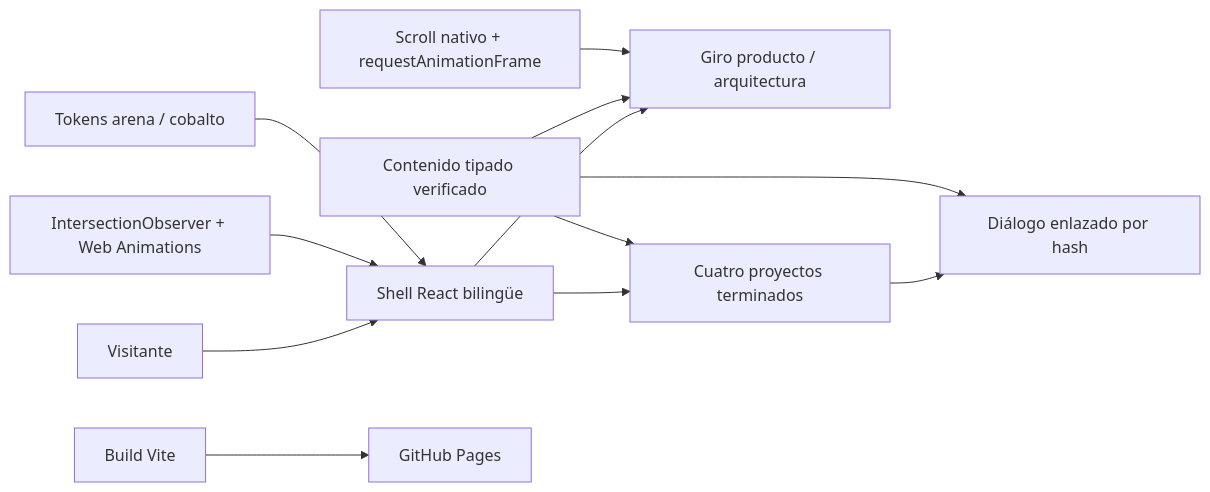
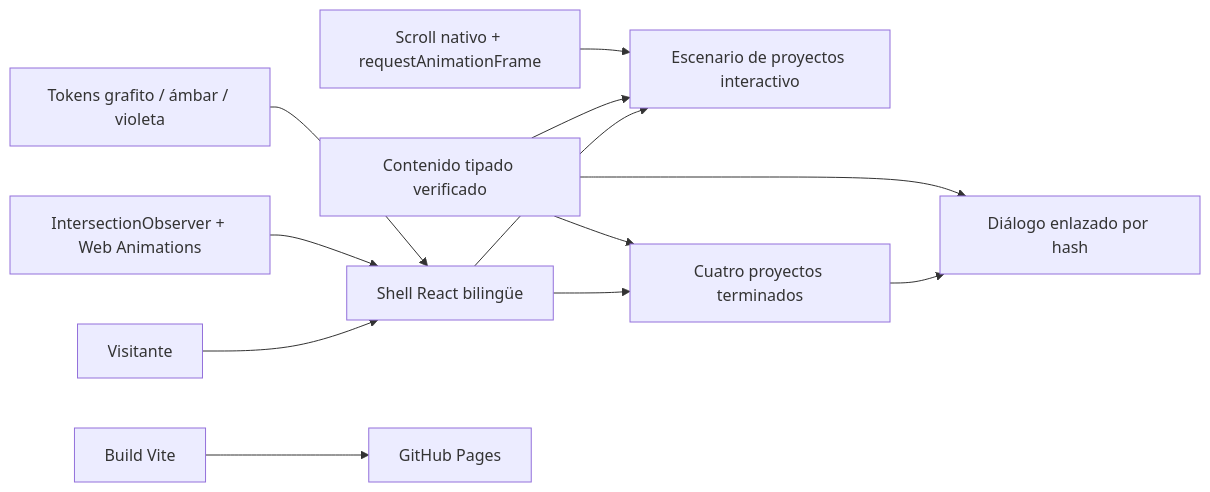
One commit to kevin0018/portfolio changed the diagram in README.es.md. Above: the diagram before and after it, drawn with Mermaid. The commit also changed other lines of this file and 12 other files, not shown here.

````diff
--- a/README.es.md
+++ b/README.es.md
@@ -35,14 +36,14 @@
 ```mermaid
 flowchart LR
   visitor["Visitante"] --> app["Shell React bilingüe"]
-  app --> hero["Giro producto / arquitectura"]
+  app --> hero["Escenario de proyectos interactivo"]
   app --> work["Cuatro proyectos terminados"]
   work --> cases["Diálogo enlazado por hash"]
   content["Contenido tipado verificado"] --> hero
   content --> work
   content --> cases
   scroll["Scroll nativo + requestAnimationFrame"] --> hero
   observer["IntersectionObserver + Web Animations"] --> app
-  tokens["Tokens arena / cobalto"] --> app
+  tokens["Tokens grafito / ámbar / violeta"] --> app
   vite["Build Vite"] --> pages["GitHub Pages"]
 ```
````
